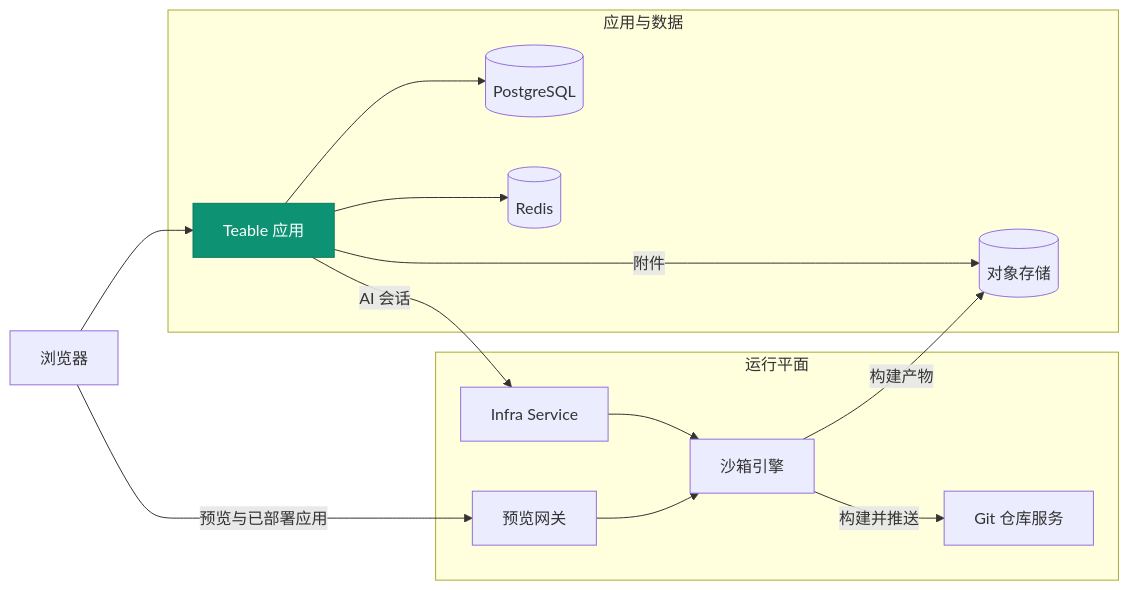
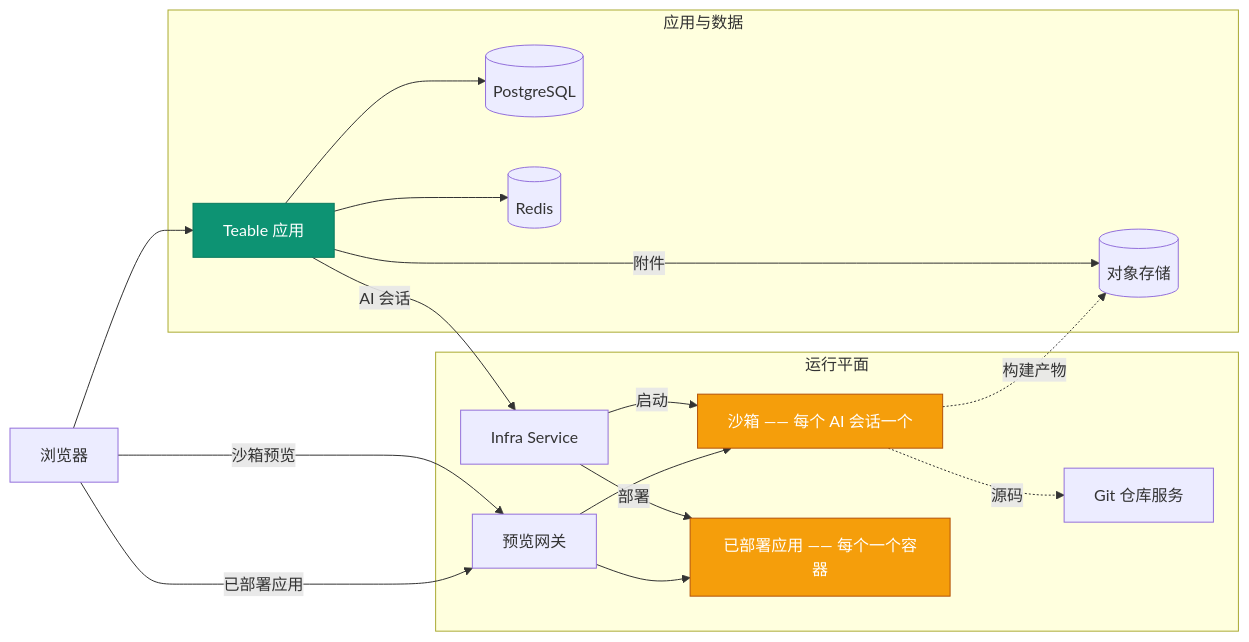
One commit to teableio/docs changed the diagram in zh/deploy/architecture.mdx. Above: the diagram before and after it, drawn with Mermaid. The commit also changed other lines of this file and 1 other file, not shown here.

Commit message:
docs(self-host): recenter architecture story on the real workloads
The 'How it fits together' section was foregrounding git/artifact plumbing.
Rewrite it around what actually consumes the machine: sandboxes (one per
AI session, bursty — size by peak concurrent sessions) and deployed apps
(long-lived containers that accumulate). Git registry and object storage
become dotted supporting edges; deployed apps get their own node.

````diff
--- a/zh/deploy/architecture.mdx
+++ b/zh/deploy/architecture.mdx
@@ -32,26 +32,34 @@
 ```mermaid
 graph LR
+    U["浏览器"]
     subgraph "应用与数据"
         T["Teable 应用"]
         P[("PostgreSQL")]
         R[("Redis")]
         S[("对象存储")]
     end
     subgraph "运行平面"
         I["Infra Service"]
-        E["沙箱引擎"]
+        E["沙箱 —— 每个 AI 会话一个"]
+        A["已部署应用 —— 每个一个容器"]
         G["Git 仓库服务"]
         W["预览网关"]
     end
-    U["浏览器"] --> T
+    U --> T
     T --> P
     T --> R
     T -- "附件" --> S
-    T -- "AI 会话" --> I --> E
-    E -- "构建并推送" --> G
-    E -- "构建产物" --> S
-    U -- "预览与已部署应用" --> W
+    T -- "AI 会话" --> I
+    I -- "启动" --> E
+    I -- "部署" --> A
+    E -. "源码" .-> G
+    E -. "构建产物" .-> S
+    U -- "沙箱预览" --> W
+    U -- "已部署应用" --> W
     W --> E
+    W --> A
 
     style T fill:#0D9373,stroke:#0a7a5e,color:#fff
+    style E fill:#F59E0B,stroke:#b45309,color:#fff
+    style A fill:#F59E0B,stroke:#b45309,color:#fff
 ```
````
